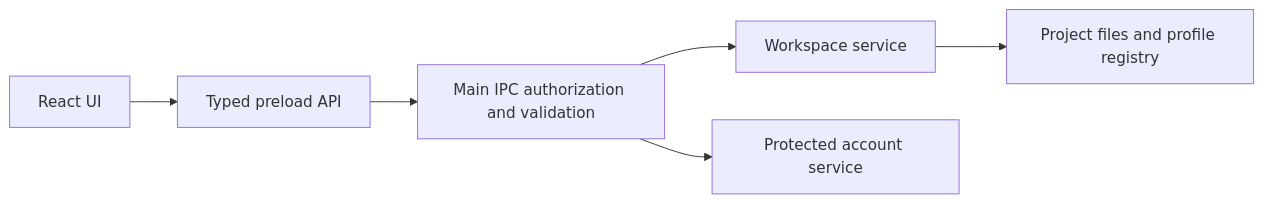
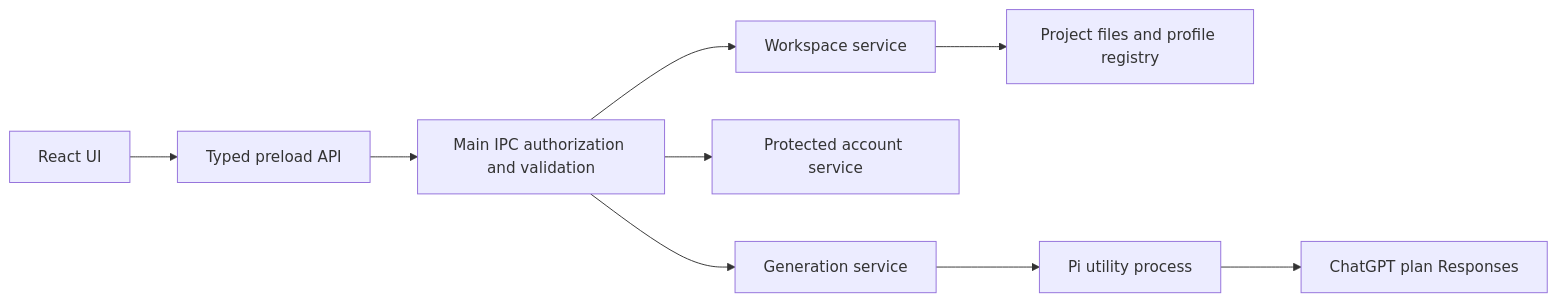
Before and after one commit to DominikGorecki/learn-harness: the diagram in README.md, drawn with Mermaid. The commit also changed other lines of this file and 32 other files, not shown here.

````diff
--- a/README.md
+++ b/README.md
@@ -90,8 +93,11 @@
 ```mermaid
 flowchart LR
   React[React UI] --> Preload[Typed preload API]
   Preload --> Main[Main IPC authorization and validation]
   Main --> Service[Workspace service]
   Service --> Repository[Project files and profile registry]
   Main --> Account[Protected account service]
+  Main --> Generation[Generation service]
+  Generation --> Worker[Pi utility process]
+  Worker --> ChatGPT[ChatGPT plan Responses]
 ```
````
